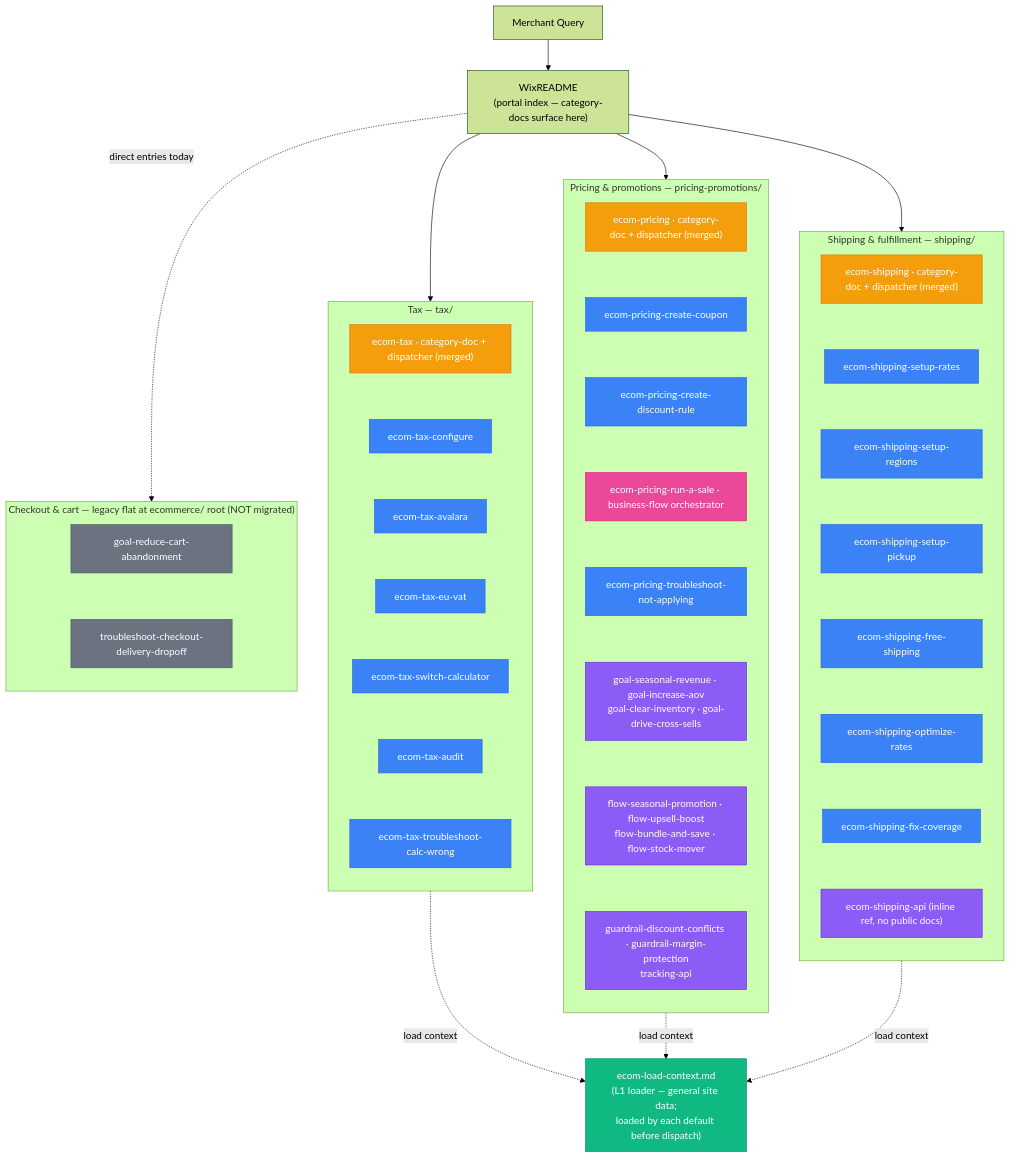
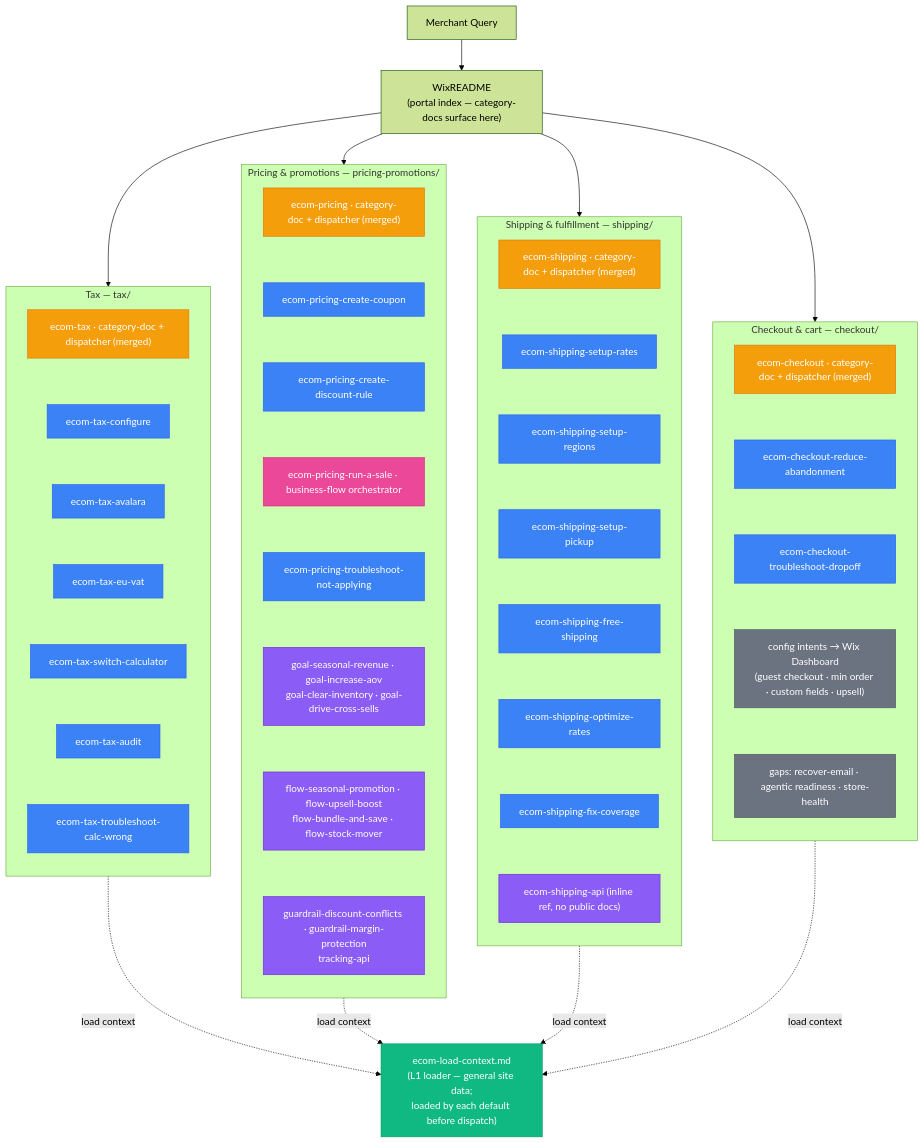
One commit to wix/skills changed the diagram in skills/wix-manage/references/ecommerce/skill-graph.md. Above: the diagram before and after it, drawn with Mermaid (forest theme). The commit also changed other lines of this file and 6 other files, not shown here.

First line of the commit message:
refactor(wix-manage): migrate Checkout & cart into the routing tree

````diff
--- a/skills/wix-manage/references/ecommerce/skill-graph.md
+++ b/skills/wix-manage/references/ecommerce/skill-graph.md
@@ -8,77 +8,81 @@
 ```mermaid
 flowchart TB
     MR["Merchant Query"] --> README["WixREADME<br/>(portal index — category-docs surface here)"]
 
     README --> TAX
     README --> PRICE
     README --> SHIP
+    README --> CHECKOUT
 
     LOADER["ecom-load-context.md<br/>(L1 loader — general site data;<br/>loaded by each default before dispatch)"]
     TAX -.-> |load context| LOADER
     PRICE -.-> |load context| LOADER
     SHIP -.-> |load context| LOADER
+    CHECKOUT -.-> |load context| LOADER
 
     %% ---------- Tax L3 ----------
     subgraph TAX["Tax — tax/"]
         direction TB
         TAXDEF["ecom-tax · category-doc + dispatcher (merged)"]
         TC["ecom-tax-configure"]
         TA["ecom-tax-avalara"]
         TV["ecom-tax-eu-vat"]
         TS["ecom-tax-switch-calculator"]
         TU["ecom-tax-audit"]
         TT["ecom-tax-troubleshoot-calc-wrong"]
         TAXDEF ~~~ TC ~~~ TA ~~~ TV ~~~ TS ~~~ TU ~~~ TT
     end
 
     %% ---------- Pricing & promotions L3 ----------
     subgraph PRICE["Pricing & promotions — pricing-promotions/"]
         direction TB
         PRICEDEF["ecom-pricing · category-doc + dispatcher (merged)"]
         PC["ecom-pricing-create-coupon"]
         PD["ecom-pricing-create-discount-rule"]
         PR["ecom-pricing-run-a-sale · business-flow orchestrator"]
         PB["ecom-pricing-troubleshoot-not-applying"]
         PG["goal-seasonal-revenue · goal-increase-aov<br/>goal-clear-inventory · goal-drive-cross-sells"]
         PF["flow-seasonal-promotion · flow-upsell-boost<br/>flow-bundle-and-save · flow-stock-mover"]
         PV["guardrail-discount-conflicts · guardrail-margin-protection<br/>tracking-api"]
         PRICEDEF ~~~ PC ~~~ PD ~~~ PR ~~~ PB ~~~ PG ~~~ PF ~~~ PV
     end
 
     %% ---------- Shipping & fulfillment L3 (migrated) ----------
     subgraph SHIP["Shipping & fulfillment — shipping/"]
         direction TB
         SHIPDEF["ecom-shipping · category-doc + dispatcher (merged)"]
         SR["ecom-shipping-setup-rates"]
         SG["ecom-shipping-setup-regions"]
         SP["ecom-shipping-setup-pickup"]
         SF["ecom-shipping-free-shipping"]
         SO["ecom-shipping-optimize-rates"]
         SX["ecom-shipping-fix-coverage"]
         SS["ecom-shipping-api (inline ref, no public docs)"]
         SHIPDEF ~~~ SR ~~~ SG ~~~ SP ~~~ SF ~~~ SO ~~~ SX ~~~ SS
     end
 
-    %% ---------- Checkout & cart — legacy flat (not migrated) ----------
-    subgraph LEGACY["Checkout & cart — legacy flat at ecommerce/ root (NOT migrated)"]
+    %% ---------- Checkout & cart L3 (migrated) ----------
+    subgraph CHECKOUT["Checkout & cart — checkout/"]
         direction TB
-        L10["goal-reduce-cart-abandonment"]
-        L11["troubleshoot-checkout-delivery-dropoff"]
-        L10 ~~~ L11
+        CHKDEF["ecom-checkout · category-doc + dispatcher (merged)"]
+        CR["ecom-checkout-reduce-abandonment"]
+        CT["ecom-checkout-troubleshoot-dropoff"]
+        CD["config intents → Wix Dashboard<br/>(guest checkout · min order · custom fields · upsell)"]
+        CG["gaps: recover-email · agentic readiness · store-health"]
+        CHKDEF ~~~ CR ~~~ CT ~~~ CD ~~~ CG
     end
-    README -.-> |direct entries today| LEGACY
 
     classDef dispatcher fill:#f59e0b,stroke:#d97706,color:#fff
     classDef promotion fill:#3b82f6,stroke:#2563eb,color:#fff
     classDef orchestrator fill:#ec4899,stroke:#db2777,color:#fff
     classDef support fill:#8b5cf6,stroke:#6d28d9,color:#fff
     classDef loader fill:#10b981,stroke:#059669,color:#fff
     classDef legacy fill:#6b7280,stroke:#4b5563,color:#fff
 
-    class TAXDEF,PRICEDEF,SHIPDEF dispatcher
-    class TC,TA,TV,TS,TU,TT,PC,PD,PB,SR,SG,SP,SF,SO,SX promotion
+    class TAXDEF,PRICEDEF,SHIPDEF,CHKDEF dispatcher
+    class TC,TA,TV,TS,TU,TT,PC,PD,PB,SR,SG,SP,SF,SO,SX,CR,CT promotion
     class PR orchestrator
     class PG,PF,PV,SS support
     class LOADER loader
-    class L10,L11 legacy
+    class CD,CG legacy
 ```
````
